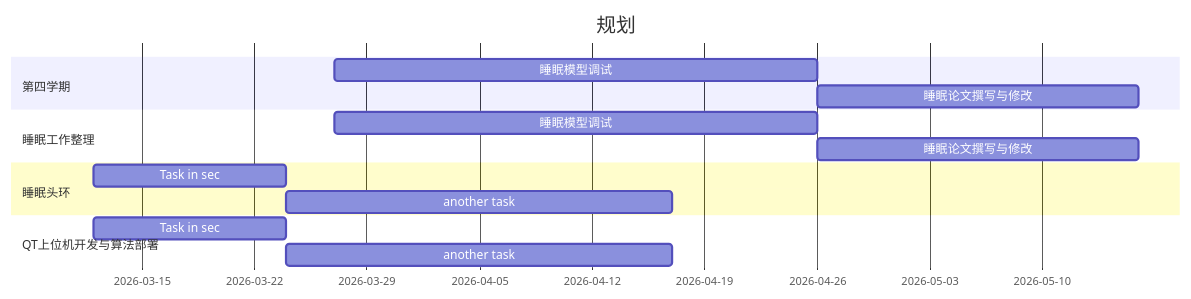
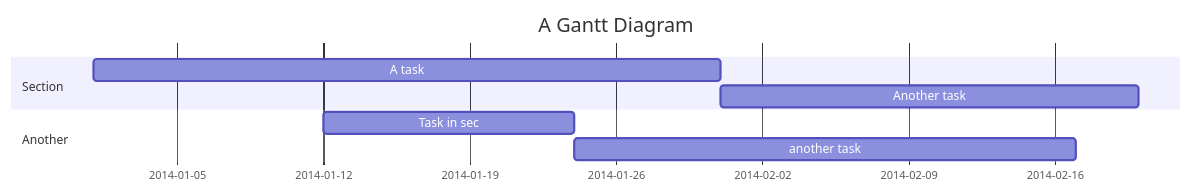
Before and after one commit to ChangMY-TJU/iodraw-files: the diagram in all/代码甘特图.md, drawn with Mermaid.

Commit message:
2026-03-27 14:46:15 update

````diff
--- a/all/代码甘特图.md
+++ b/all/代码甘特图.md
@@ -1,18 +1,12 @@
 ```mermaid
 gantt
-    title 规划
+    title A Gantt Diagram
     dateFormat  YYYY-MM-DD
-    section 第四学期
-    睡眠模型调试      :a1, 2026-03-27, 30d
-    睡眠论文撰写与修改     :after a1  , 20d
-    section 睡眠工作整理
-    睡眠模型调试      :a1, 2026-03-27, 30d
-    睡眠论文撰写与修改     :after a1  , 20d
-    section 睡眠头环
-    Task in sec      :2026-03-12  , 12d
+    section Section
+    A task           :a1, 2014-01-01, 30d
+    Another task     :after a1  , 20d
+    section Another
+    Task in sec      :2014-01-12  , 12d
     another task      : 24d
-    section QT上位机开发与算法部署
-    Task in sec      :2026-03-12  , 12d
-    another task      : 24d
-
+            
 ```
````
